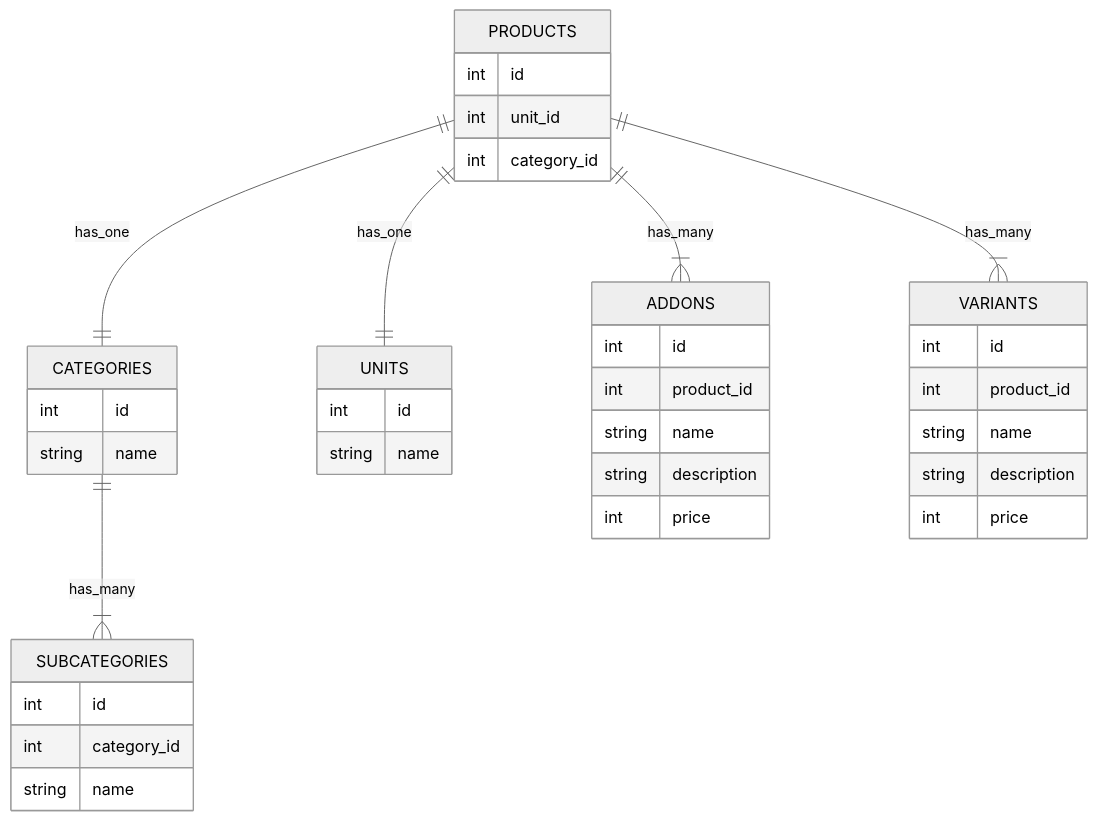
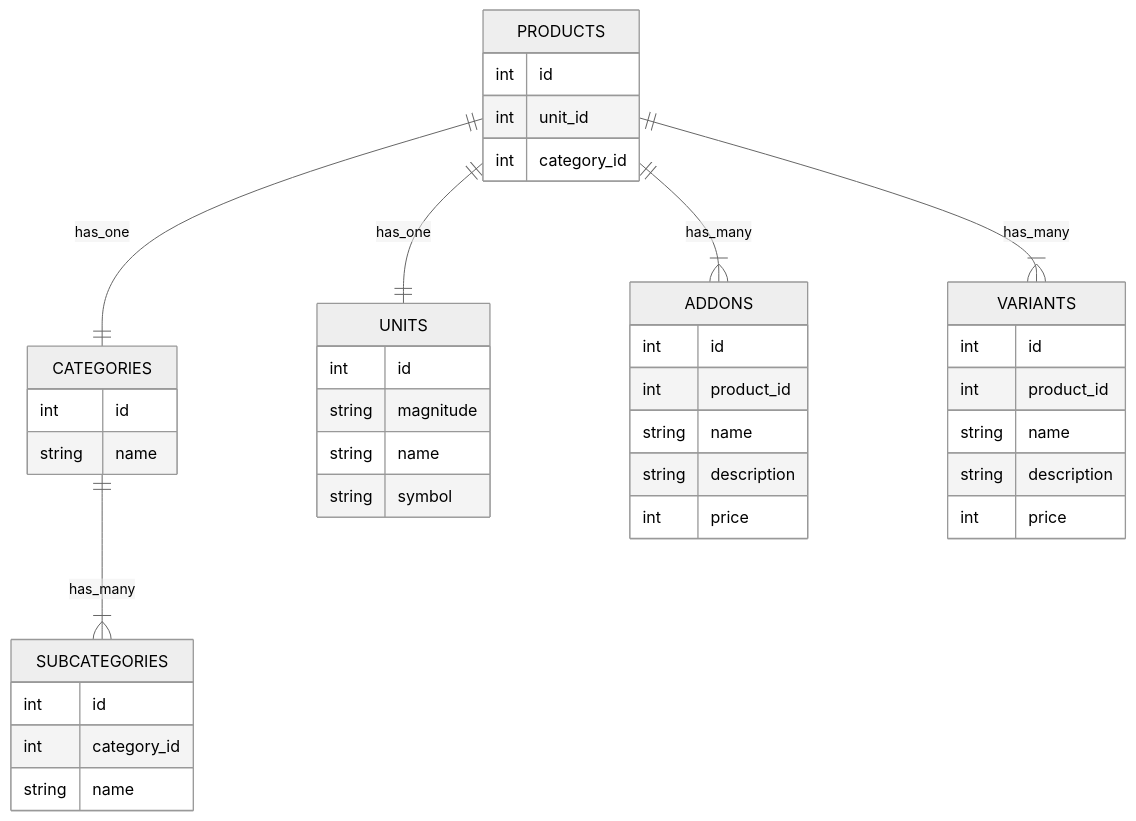
Before and after one commit to aasumitro/posbe: the diagram in internal/catalog/ENTITY_DIAGRAM.md, drawn with Mermaid (neutral theme). The commit also changed 37 other files, not shown here.

````diff
--- a/internal/catalog/ENTITY_DIAGRAM.md
+++ b/internal/catalog/ENTITY_DIAGRAM.md
@@ -3,45 +3,47 @@
 ```mermaid
 erDiagram
     CATEGORIES ||--|{ SUBCATEGORIES: has_many
     CATEGORIES {
         int id
         string name
     }
     
     SUBCATEGORIES {
         int id
         int category_id
         string name
     }
     
     UNITS { 
         int id
+        string magnitude
         string name
+        string symbol
     }
     
     ADDONS {
         int id
         int product_id
         string name
         string description 
         int price
     }
     
     VARIANTS {
         int id
         int product_id
         string name
         string description 
         int price
     }
     
     PRODUCTS ||--|{ ADDONS: has_many
     PRODUCTS ||--|{ VARIANTS: has_many
     PRODUCTS ||--|| UNITS : has_one
     PRODUCTS ||--|| CATEGORIES : has_one
     PRODUCTS {
         int id  
         int unit_id
         int category_id
     }
 ```
````
